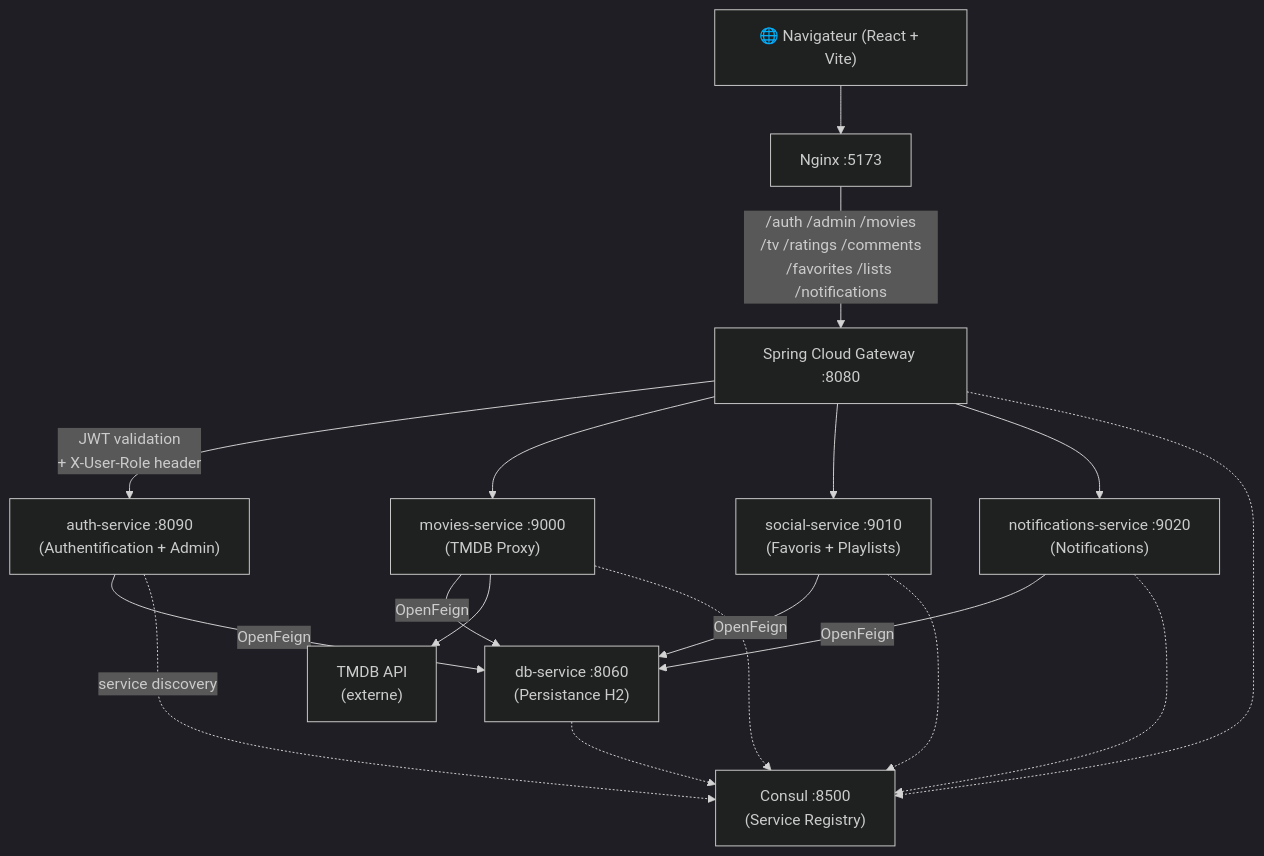
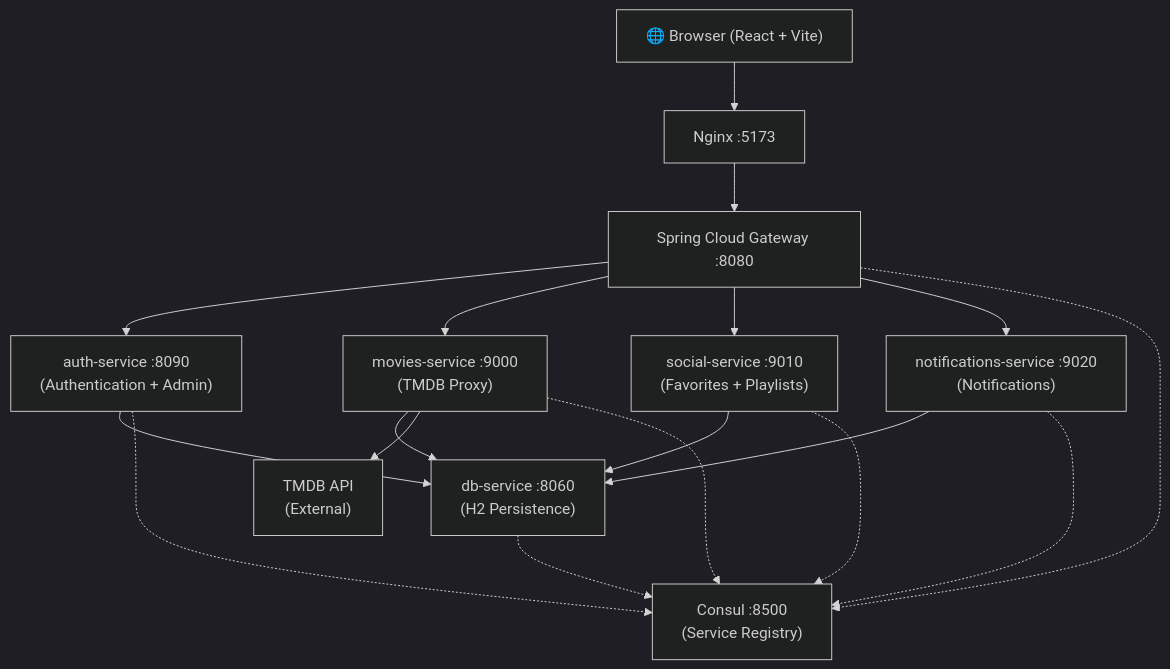
Before and after one commit to antonin-tacchi/DWWM_Project_Title: the diagram in README.md, drawn with Mermaid (dark theme). The commit also changed other lines of this file and 8 other files, not shown here.

````diff
--- a/README.md
+++ b/README.md
@@ -48,35 +37,37 @@
 ```mermaid
 graph TD
-    Browser["🌐 Navigateur (React + Vite)"]
+    Browser["🌐 Browser (React + Vite)"]
     Nginx["Nginx :5173"]
     Gateway["Spring Cloud Gateway :8080"]
     Consul["Consul :8500\n(Service Registry)"]
 
-    AuthSvc["auth-service :8090\n(Authentification + Admin)"]
+    AuthSvc["auth-service :8090\n(Authentication + Admin)"]
     MoviesSvc["movies-service :9000\n(TMDB Proxy)"]
-    SocialSvc["social-service :9010\n(Favoris + Playlists)"]
+    SocialSvc["social-service :9010\n(Favorites + Playlists)"]
     NotifSvc["notifications-service :9020\n(Notifications)"]
-    DbSvc["db-service :8060\n(Persistance H2)"]
+    DbSvc["db-service :8060\n(H2 Persistence)"]
 
-    TMDB["TMDB API\n(externe)"]
+    TMDB["TMDB API\n(External)"]
 
     Browser --> Nginx
-    Nginx -->|"/auth /admin /movies\n/tv /ratings /comments\n/favorites /lists /notifications"| Gateway
-    Gateway -->|"JWT validation\n+ X-User-Role header"| AuthSvc
+    Nginx --> Gateway
+
+    Gateway --> AuthSvc
     Gateway --> MoviesSvc
     Gateway --> SocialSvc
     Gateway --> NotifSvc
 
-    AuthSvc -->|OpenFeign| DbSvc
-    MoviesSvc -->|OpenFeign| DbSvc
-    SocialSvc -->|OpenFeign| DbSvc
-    NotifSvc -->|OpenFeign| DbSvc
+    AuthSvc --> DbSvc
+    MoviesSvc --> DbSvc
+    SocialSvc --> DbSvc
+    NotifSvc --> DbSvc
+
     MoviesSvc --> TMDB
 
-    AuthSvc -.->|"service discovery"| Consul
+    AuthSvc -.-> Consul
     MoviesSvc -.-> Consul
     SocialSvc -.-> Consul
     NotifSvc -.-> Consul
     DbSvc -.-> Consul
     Gateway -.-> Consul
 ```
````
